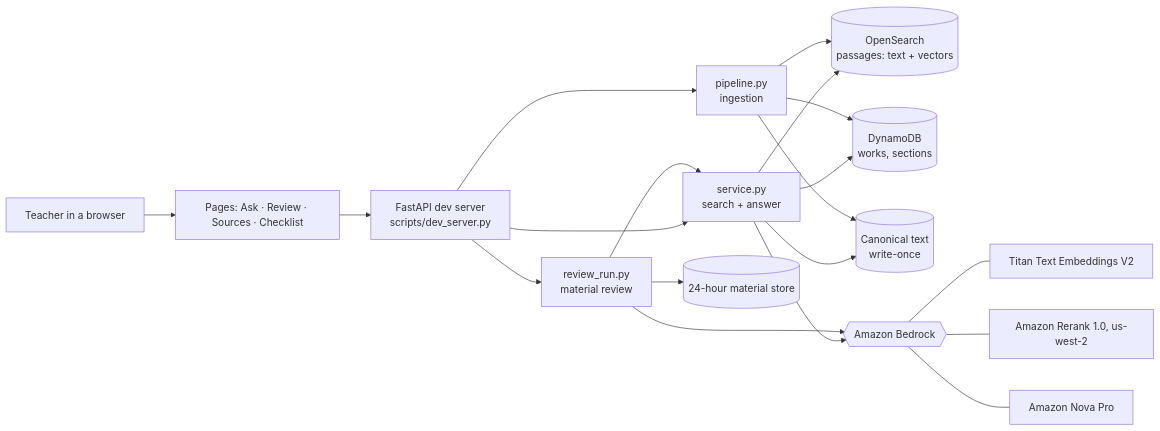
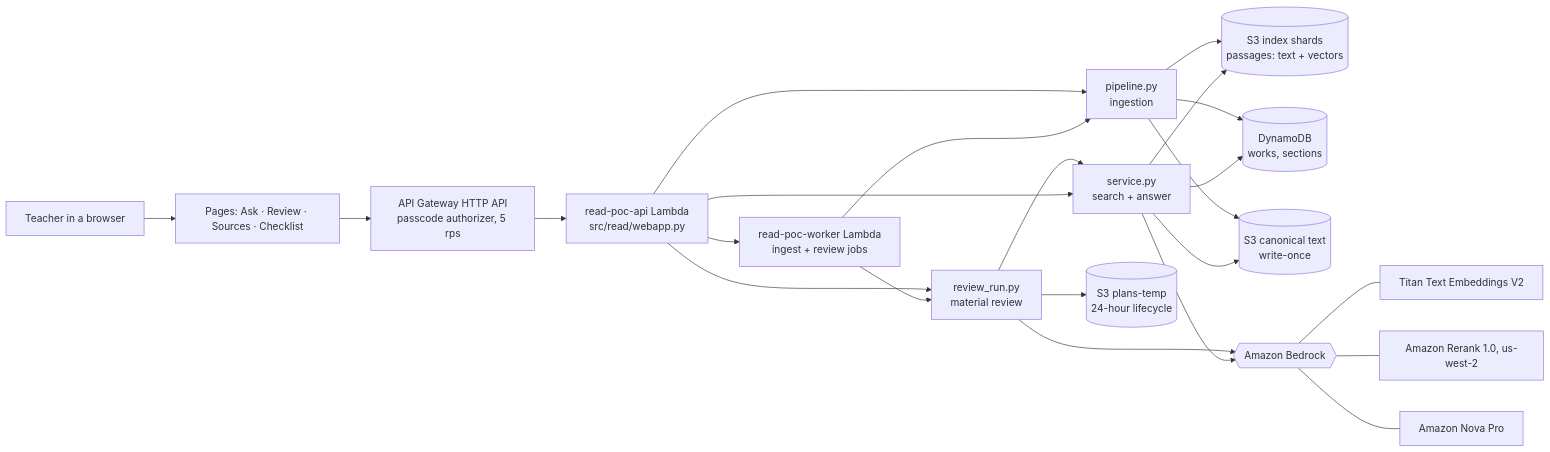
Before and after one commit to JohnBullDog/R.E.A.D-AWS: the first of 3 diagrams in README.md, drawn with Mermaid. The commit also changed other lines of this file and 42 other files, not shown here.

````diff
--- a/README.md
+++ b/README.md
@@ -40,21 +41,25 @@
 ```mermaid
 flowchart LR
   T[Teacher in a browser] --> P[Pages: Ask · Review · Sources · Checklist]
-  P --> API[FastAPI dev server<br/>scripts/dev_server.py]
+  P --> GW[API Gateway HTTP API<br/>passcode authorizer, 5 rps]
+  GW --> API[read-poc-api Lambda<br/>src/read/webapp.py]
+  API --> WK[read-poc-worker Lambda<br/>ingest + review jobs]
+  WK --> RUN
+  WK --> PIPE
   API --> SVC[service.py<br/>search + answer]
   API --> RUN[review_run.py<br/>material review]
   API --> PIPE[pipeline.py<br/>ingestion]
-  SVC --> OS[(OpenSearch<br/>passages: text + vectors)]
+  SVC --> OS[(S3 index shards<br/>passages: text + vectors)]
   SVC --> DDB[(DynamoDB<br/>works, sections)]
-  SVC --> TXT[(Canonical text<br/>write-once)]
+  SVC --> TXT[(S3 canonical text<br/>write-once)]
   PIPE --> OS
   PIPE --> DDB
   PIPE --> TXT
   RUN --> SVC
   SVC --> BR{{Amazon Bedrock}}
   RUN --> BR
   BR --- E[Titan Text Embeddings V2]
   BR --- RR[Amazon Rerank 1.0, us-west-2]
   BR --- NP[Amazon Nova Pro]
-  RUN --> TMP[(24-hour material store)]
+  RUN --> TMP[(S3 plans-temp<br/>24-hour lifecycle)]
 ```
````
